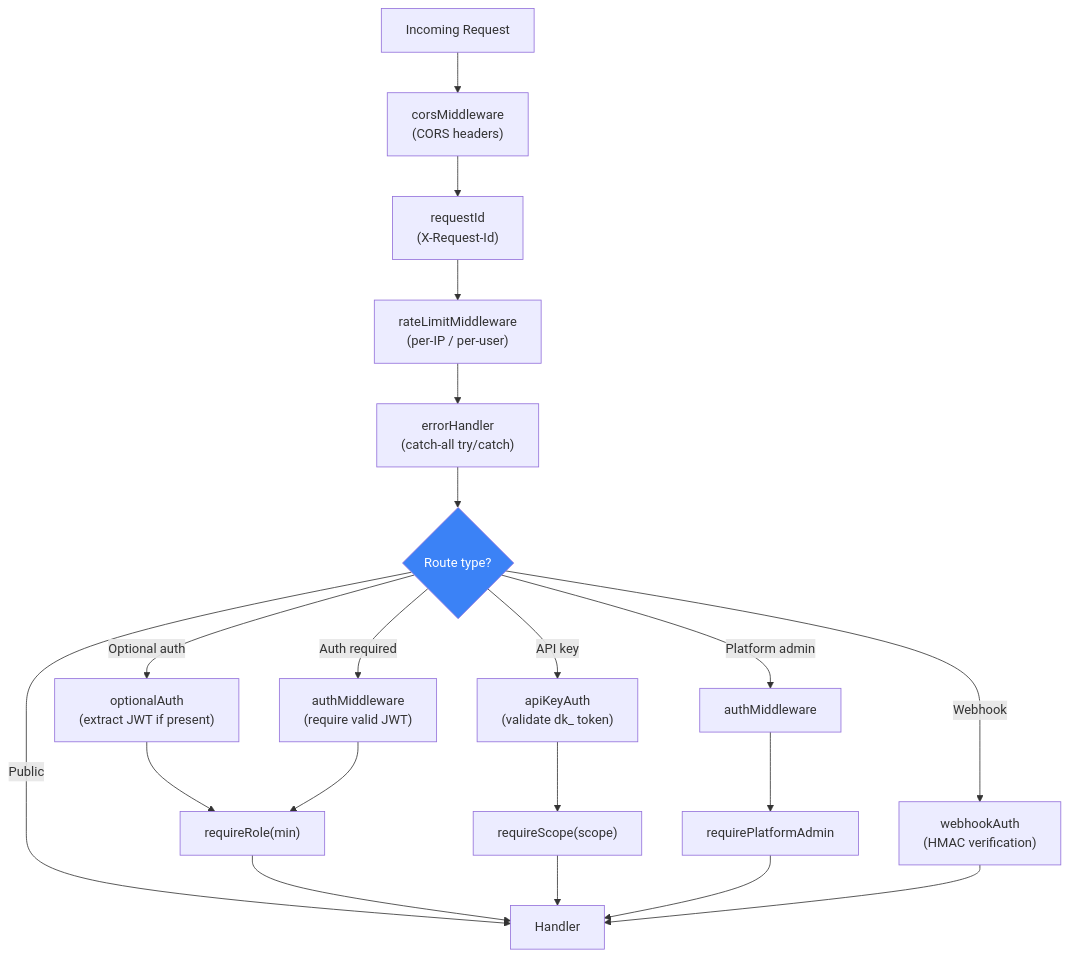
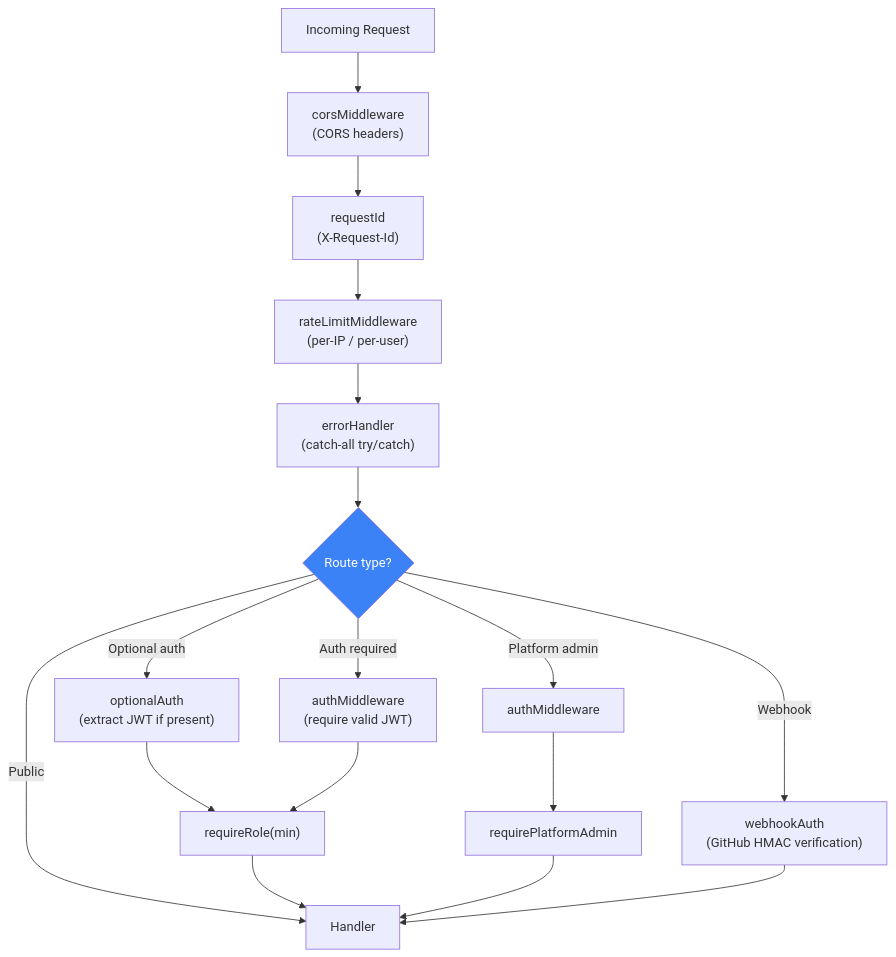
The third of 8 diagrams in docs/v3/planned/api-design.md (devangshupandey2025-stack/DevSage), drawn with Mermaid before and after one commit. The commit also changed other lines of this file, not shown here.

First line of the commit message:
docs(api-design): align routes with Phase 1 scope, add rounds and invites

````diff
--- a/docs/v3/planned/api-design.md
+++ b/docs/v3/planned/api-design.md
@@ -451,29 +453,25 @@
 ```mermaid
 flowchart TD
     A["Incoming Request"] --> B["corsMiddleware<br/>(CORS headers)"]
     B --> C["requestId<br/>(X-Request-Id)"]
     C --> D["rateLimitMiddleware<br/>(per-IP / per-user)"]
     D --> E["errorHandler<br/>(catch-all try/catch)"]
     E --> F{"Route type?"}
 
     F -->|Public| G["Handler"]
     F -->|Optional auth| H["optionalAuth<br/>(extract JWT if present)"]
     H --> I["requireRole(min)"]
     I --> G
 
     F -->|Auth required| J["authMiddleware<br/>(require valid JWT)"]
     J --> I
 
-    F -->|API key| K["apiKeyAuth<br/>(validate dk_ token)"]
-    K --> L["requireScope(scope)"]
-    L --> G
-
     F -->|Platform admin| M["authMiddleware"]
     M --> N["requirePlatformAdmin"]
     N --> G
 
-    F -->|Webhook| O["webhookAuth<br/>(HMAC verification)"]
+    F -->|Webhook| O["webhookAuth<br/>(GitHub HMAC verification)"]
     O --> G
 
     style F fill:#3b82f6,color:#fff
 ```
````
